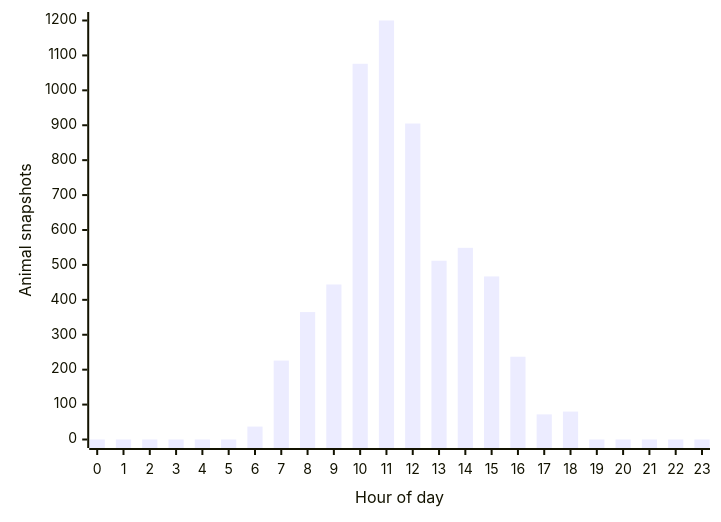
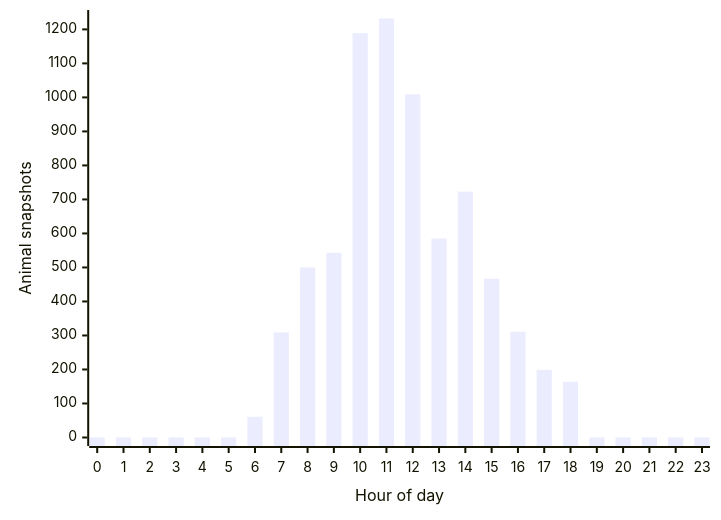
One commit to joshuafrommeyer-35/PierTracker changed the second of 3 diagrams in README.md. Above: the diagram before and after it, drawn with Mermaid. The commit also changed other lines of this file and 7 other files, not shown here.

````diff
--- a/README.md
+++ b/README.md
@@ -126,6 +133,6 @@
 ```mermaid
 xychart-beta
     x-axis "Hour of day" [0, 1, 2, 3, 4, 5, 6, 7, 8, 9, 10, 11, 12, 13, 14, 15, 16, 17, 18, 19, 20, 21, 22, 23]
     y-axis "Animal snapshots"
-    bar [0, 0, 0, 0, 0, 0, 37, 226, 365, 444, 1076, 1200, 905, 512, 549, 467, 237, 72, 80, 0, 0, 0, 0, 0]
+    bar [0, 0, 0, 0, 0, 0, 61, 309, 500, 543, 1189, 1232, 1009, 585, 723, 467, 311, 199, 164, 0, 0, 0, 0, 0]
 ```
````
